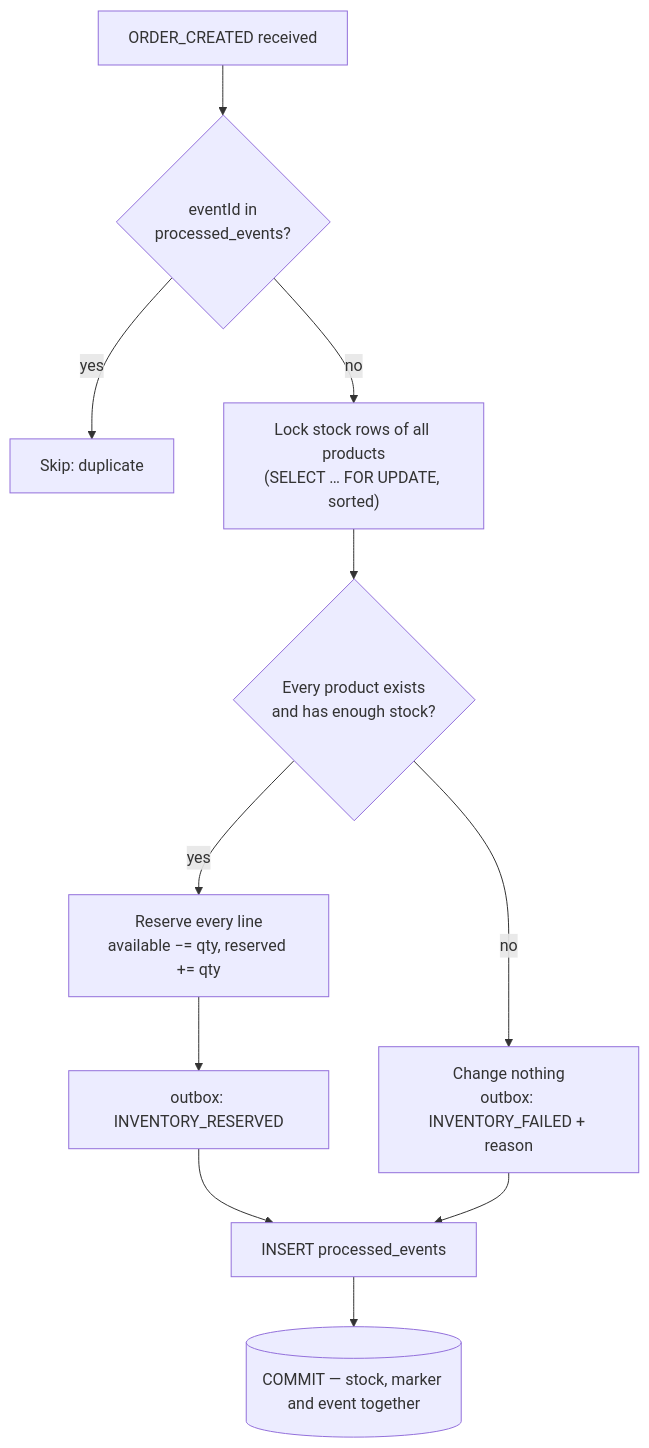
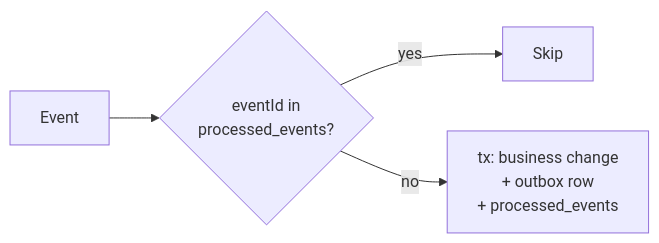
One commit to BayechouAbdelhadi/kafka-java-demo changed the eighth of 10 diagrams in README.md. Above: the diagram before and after it, drawn with Mermaid. The commit also changed other lines of this file, not shown here.

Commit message:
Refactor README.md to improve clarity and structure, updating architecture and component descriptions for the Event-Driven Order System

````diff
--- a/README.md
+++ b/README.md
@@ -427,12 +166,6 @@
 ```mermaid
-flowchart TD
-    E[ORDER_CREATED received] --> D{eventId in<br/>processed_events?}
-    D -- yes --> SKIP[Skip: duplicate]
-    D -- no --> L["Lock stock rows of all products<br/>(SELECT … FOR UPDATE, sorted)"]
-    L --> X{Every product exists<br/>and has enough stock?}
-    X -- yes --> R["Reserve every line<br/>available −= qty, reserved += qty"] --> OK[outbox: INVENTORY_RESERVED]
-    X -- no --> KO["Change nothing<br/>outbox: INVENTORY_FAILED + reason"]
-    OK --> M[INSERT processed_events]
-    KO --> M
-    M --> COMMIT[(COMMIT — stock, marker and event together)]
+flowchart LR
+    E[Event] --> Q{eventId in<br/>processed_events?}
+    Q -- yes --> S[Skip]
+    Q -- no --> P["tx: business change<br/>+ outbox row<br/>+ processed_events"]
 ```
````
